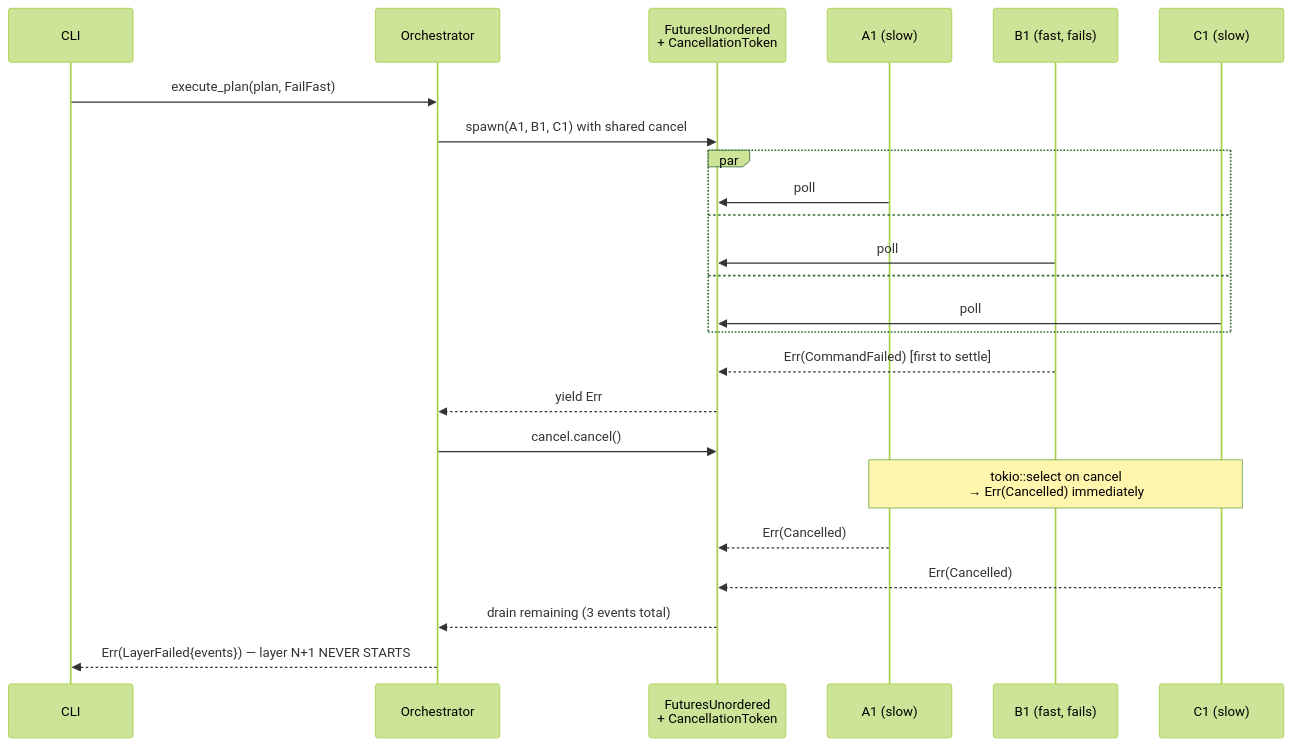
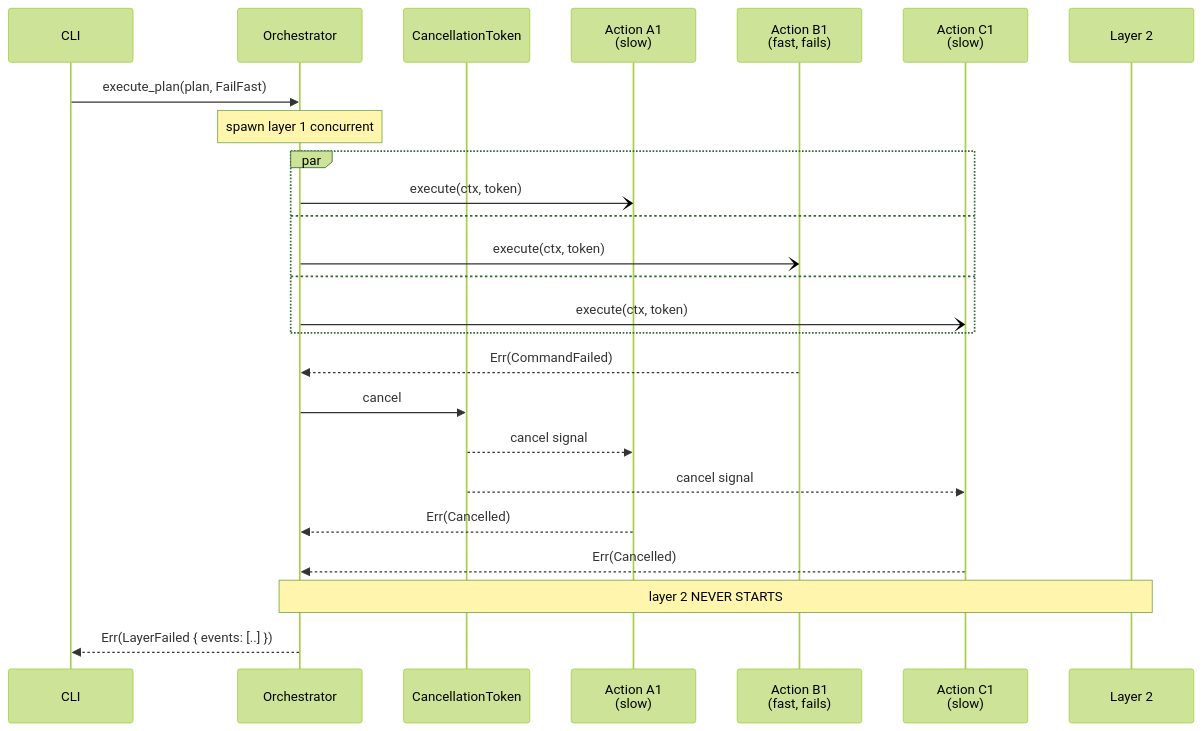
The second of 3 diagrams in README.md (anatta-rs/repolith), drawn with Mermaid (forest theme) before and after one commit. The commit also changed other lines of this file, not shown here.

First line of the commit message:
docs: expand README with colored deltas + tests subgraph + KeepGoing sequence

````diff
--- a/README.md
+++ b/README.md
@@ -83,27 +88,28 @@
 ```mermaid
 sequenceDiagram
     participant CLI
     participant Orch as Orchestrator
-    participant Pool as FuturesUnordered<br/>+ CancellationToken
-    participant A1 as A1 (slow)
-    participant B1 as B1 (fast, fails)
-    participant C1 as C1 (slow)
+    participant Tok as CancellationToken
+    participant L1a as Action A1<br/>(slow)
+    participant L1b as Action B1<br/>(fast, fails)
+    participant L1c as Action C1<br/>(slow)
+    participant L2 as Layer 2
 
     CLI->>Orch: execute_plan(plan, FailFast)
-    Orch->>Pool: spawn(A1, B1, C1) with shared cancel
+    Note over Orch: spawn layer 1 concurrent
     par
-        A1->>Pool: poll
+        Orch-)L1a: execute(ctx, token)
     and
-        B1->>Pool: poll
+        Orch-)L1b: execute(ctx, token)
     and
-        C1->>Pool: poll
+        Orch-)L1c: execute(ctx, token)
     end
-    B1-->>Pool: Err(CommandFailed) [first to settle]
-    Pool-->>Orch: yield Err
-    Orch->>Pool: cancel.cancel()
-    Note over A1,C1: tokio::select on cancel<br/>→ Err(Cancelled) immediately
-    A1-->>Pool: Err(Cancelled)
-    C1-->>Pool: Err(Cancelled)
-    Pool-->>Orch: drain remaining (3 events total)
-    Orch-->>CLI: Err(LayerFailed{events}) — layer N+1 NEVER STARTS
+    L1b-->>Orch: Err(CommandFailed)
+    Orch->>Tok: cancel
+    Tok-->>L1a: cancel signal
+    Tok-->>L1c: cancel signal
+    L1a-->>Orch: Err(Cancelled)
+    L1c-->>Orch: Err(Cancelled)
+    Note over Orch,L2: layer 2 NEVER STARTS
+    Orch-->>CLI: Err(LayerFailed { events: [..] })
 ```
````
